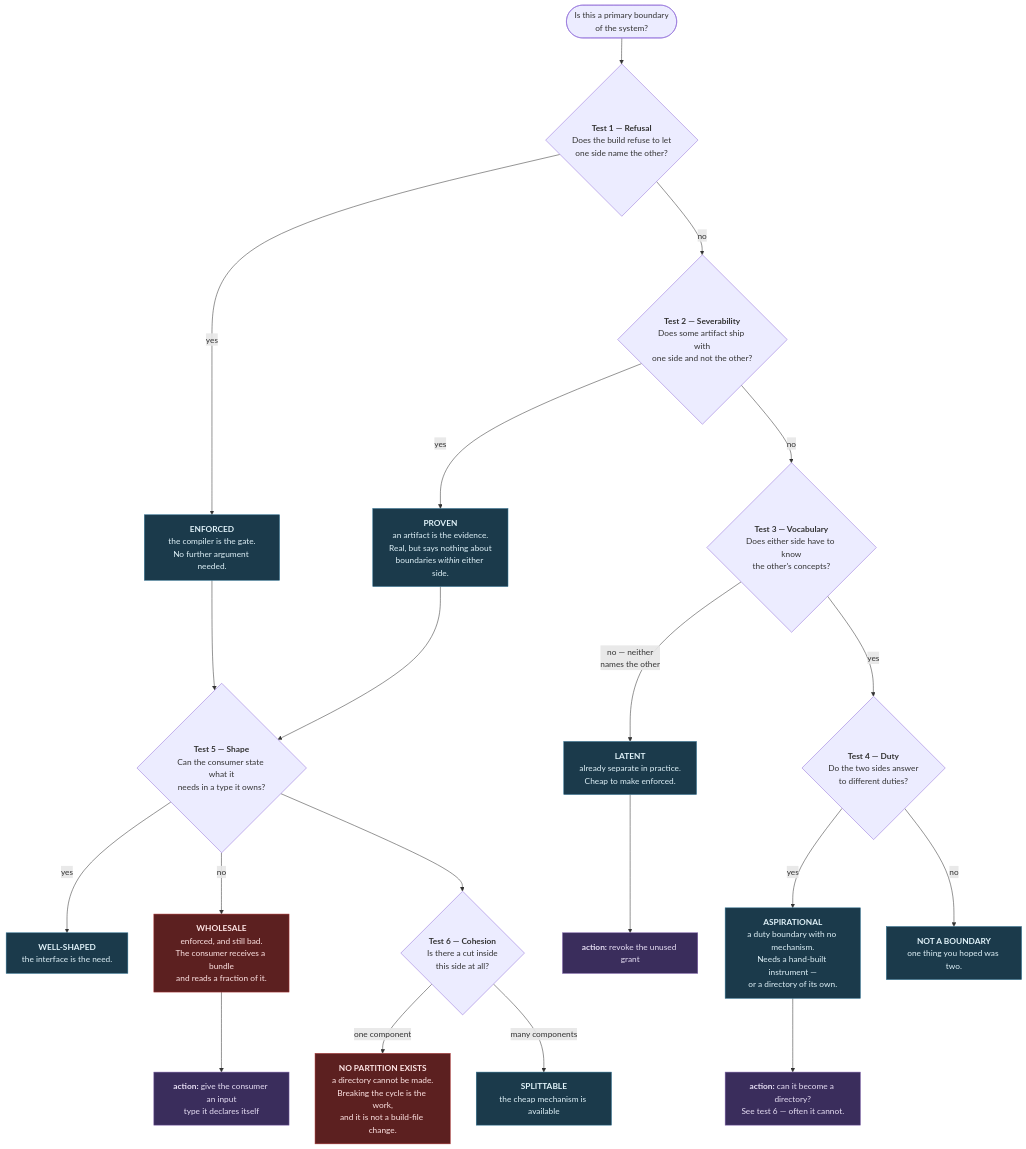
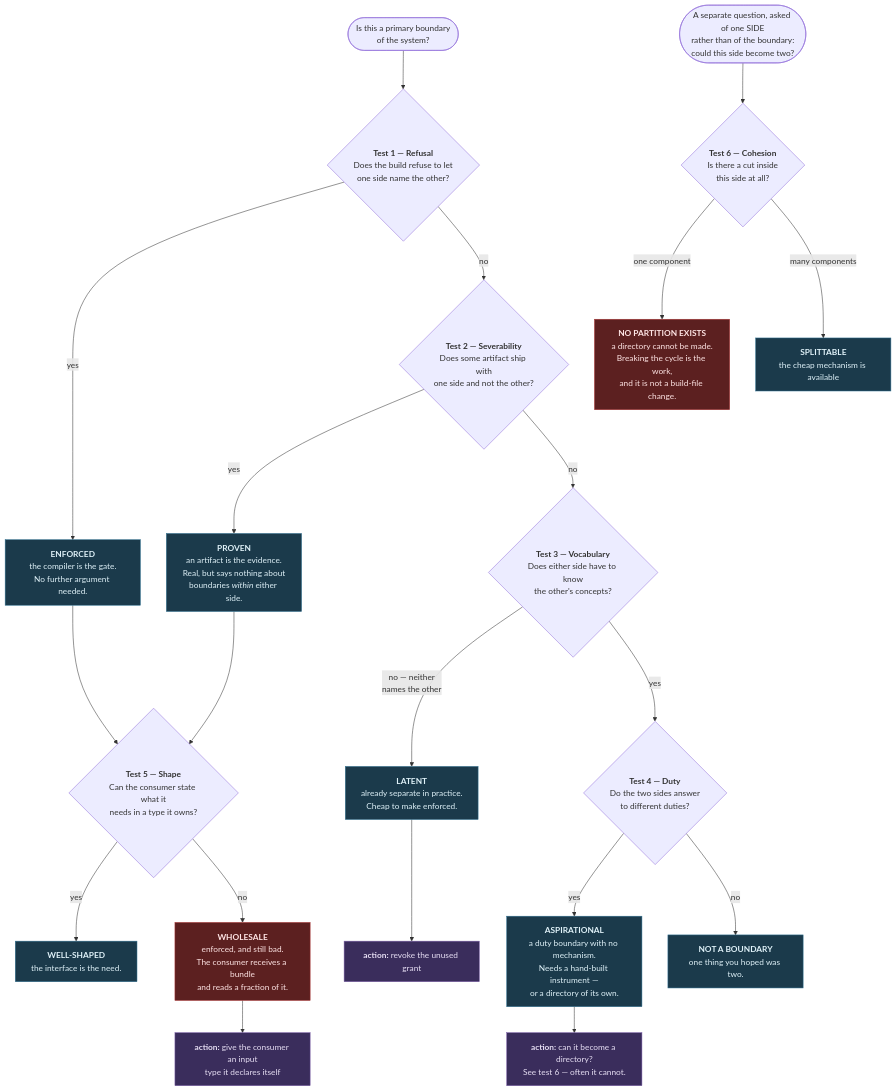
The first of 11 diagrams in docs/architecture/system-boundaries.md (apnex/OpenStarbound), drawn with Mermaid before and after one commit. The commit also changed other lines of this file, not shown here.

First line of the commit message:
docs(arch): cohesion is orthogonal, not downstream -- and name the axis this ladder lacks

````diff
--- a/docs/architecture/system-boundaries.md
+++ b/docs/architecture/system-boundaries.md
@@ -27,39 +29,40 @@
 ```mermaid
 flowchart TD
   Q(["Is this a primary boundary<br/>of the system?"]) --> T1
 
   T1{"<b>Test 1 — Refusal</b><br/>Does the build refuse to let<br/>one side name the other?"}
   T2{"<b>Test 2 — Severability</b><br/>Does some artifact ship with<br/>one side and not the other?"}
   T3{"<b>Test 3 — Vocabulary</b><br/>Does either side have to know<br/>the other's concepts?"}
   T4{"<b>Test 4 — Duty</b><br/>Do the two sides answer<br/>to different duties?"}
 
   T1 -->|yes| E["<b>ENFORCED</b><br/>the compiler is the gate.<br/>No further argument needed."]
   T1 -->|no| T2
   T2 -->|yes| P["<b>PROVEN</b><br/>an artifact is the evidence.<br/>Real, but says nothing about<br/>boundaries <i>within</i> either side."]
   T2 -->|no| T3
   T3 -->|"no — neither<br/>names the other"| L["<b>LATENT</b><br/>already separate in practice.<br/>Cheap to make enforced."]
   T3 -->|yes| T4
   T4 -->|yes| A["<b>ASPIRATIONAL</b><br/>a duty boundary with no mechanism.<br/>Needs a hand-built instrument —<br/>or a directory of its own."]
   T4 -->|no| N["<b>NOT A BOUNDARY</b><br/>one thing you hoped was two."]
 
   L --> R3["<b>action:</b> revoke the unused grant"]
   A --> R4["<b>action:</b> can it become a directory?<br/>See test 6 — often it cannot."]
 
   E --> T5
   P --> T5
   T5{"<b>Test 5 — Shape</b><br/>Can the consumer state what it<br/>needs in a type it owns?"}
   T5 -->|yes| W["<b>WELL-SHAPED</b><br/>the interface is the need."]
   T5 -->|no| B["<b>WHOLESALE</b><br/>enforced, and still bad.<br/>The consumer receives a bundle<br/>and reads a fraction of it."]
   B --> R5["<b>action:</b> give the consumer an input<br/>type it declares itself"]
 
-  T5 --> T6{"<b>Test 6 — Cohesion</b><br/>Is there a cut inside<br/>this side at all?"}
+  S(["A separate question, asked of one SIDE<br/>rather than of the boundary:<br/>could this side become two?"]) --> T6
+  T6{"<b>Test 6 — Cohesion</b><br/>Is there a cut inside<br/>this side at all?"}
   T6 -->|"one component"| C1["<b>NO PARTITION EXISTS</b><br/>a directory cannot be made.<br/>Breaking the cycle is the work,<br/>and it is not a build-file change."]
   T6 -->|"many components"| C2["<b>SPLITTABLE</b><br/>the cheap mechanism is available"]
 
   classDef verdict fill:#1b3a4b,stroke:#2c6e8f,color:#e0f2f9
   classDef action fill:#3a2d5c,stroke:#7b5ea7,color:#e8e0f5
   classDef bad fill:#5c2020,stroke:#a33,color:#ffe5e5
   class E,P,L,A,N,W,C2 verdict
   class R3,R4,R5 action
   class B,C1 bad
 ```
````
